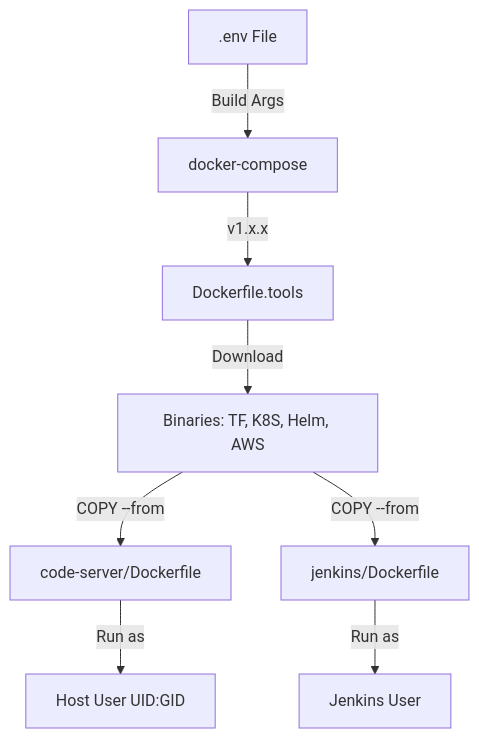
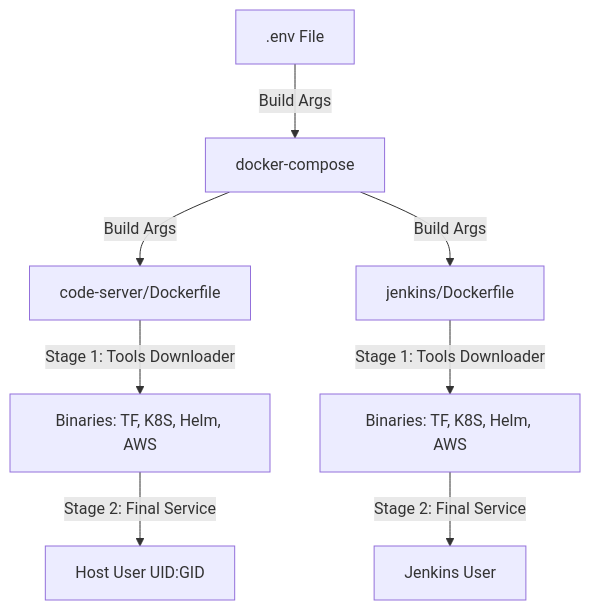
The diagram in OPTIMIZATION.md (alexolinux/compose-ci-cd), drawn with Mermaid before and after one commit. The commit also changed other lines of this file and 2 other files, not shown here.

Commit message:
Fix (#10)
* FIX: Fix user build

* chore: create configuration, workspace, and local directories in Dockerfile

* refactor: migrate shared tool downloading logic into individual service multi-stage builds and remove Dockerfile.tools

````diff
--- a/OPTIMIZATION.md
+++ b/OPTIMIZATION.md
@@ -57,12 +53,12 @@
 ```mermaid
 graph TD
     ENV[.env File] -->|Build Args| DC[docker-compose]
-    DC -->|v1.x.x| DT[Dockerfile.tools]
-    DT -->|Download| BINS[Binaries: TF, K8S, Helm, AWS]
+    DC -->|Build Args| CS[code-server/Dockerfile]
+    DC -->|Build Args| JK[jenkins/Dockerfile]
     
-    BINS -->|COPY --from| CS[code-server/Dockerfile]
-    BINS -->|COPY --from| JK[jenkins/Dockerfile]
+    CS -->|Stage 1: Tools Downloader| BINS_CS[Binaries: TF, K8S, Helm, AWS]
+    JK -->|Stage 1: Tools Downloader| BINS_JK[Binaries: TF, K8S, Helm, AWS]
     
-    CS -->|Run as| U[Host User UID:GID]
-    JK -->|Run as| J[Jenkins User]
+    BINS_CS -->|Stage 2: Final Service| U[Host User UID:GID]
+    BINS_JK -->|Stage 2: Final Service| J[Jenkins User]
 ```
````
